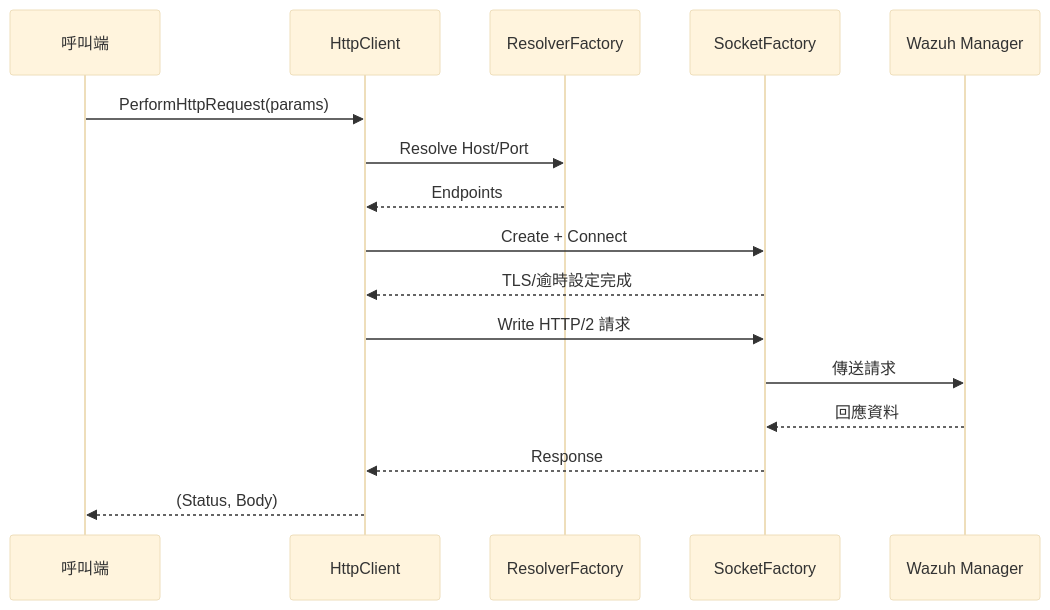
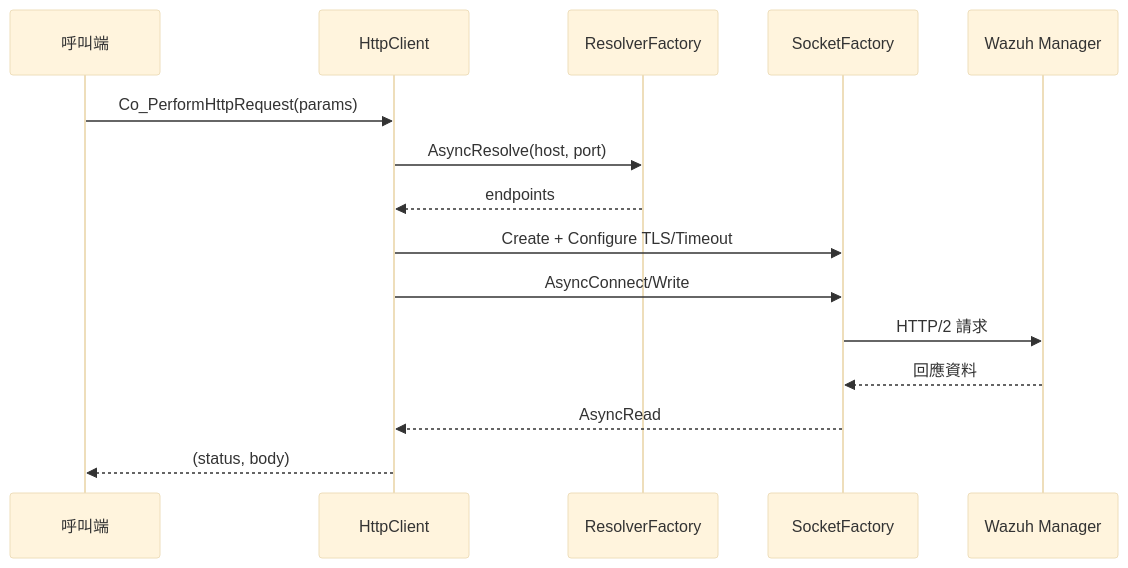
The first of 3 diagrams in references/agent-core-core-components.md (edhsu1984/wazuh-agent), drawn with Mermaid (base theme) before and after one commit. The commit also changed other lines of this file and 3 other files, not shown here.

Commit message:
docs: refresh references for agent architecture

````diff
--- a/references/agent-core-core-components.md
+++ b/references/agent-core-core-components.md
@@ -48,19 +29,18 @@
 ```mermaid
 sequenceDiagram
     participant Caller as 呼叫端
     participant Client as HttpClient
     participant Resolver as ResolverFactory
     participant Socket as SocketFactory
     participant Manager as Wazuh Manager
 
-    Caller->>Client: PerformHttpRequest(params)
-    Client->>Resolver: Resolve Host/Port
-    Resolver-->>Client: Endpoints
-    Client->>Socket: Create + Connect
-    Socket-->>Client: TLS/逾時設定完成
-    Client->>Socket: Write HTTP/2 請求
-    Socket->>Manager: 傳送請求
+    Caller->>Client: Co_PerformHttpRequest(params)
+    Client->>Resolver: AsyncResolve(host, port)
+    Resolver-->>Client: endpoints
+    Client->>Socket: Create + Configure TLS/Timeout
+    Client->>Socket: AsyncConnect/Write
+    Socket->>Manager: HTTP/2 請求
     Manager-->>Socket: 回應資料
-    Socket-->>Client: Response
-    Client-->>Caller: (Status, Body)
+    Socket-->>Client: AsyncRead
+    Client-->>Caller: (status, body)
 ```
````
